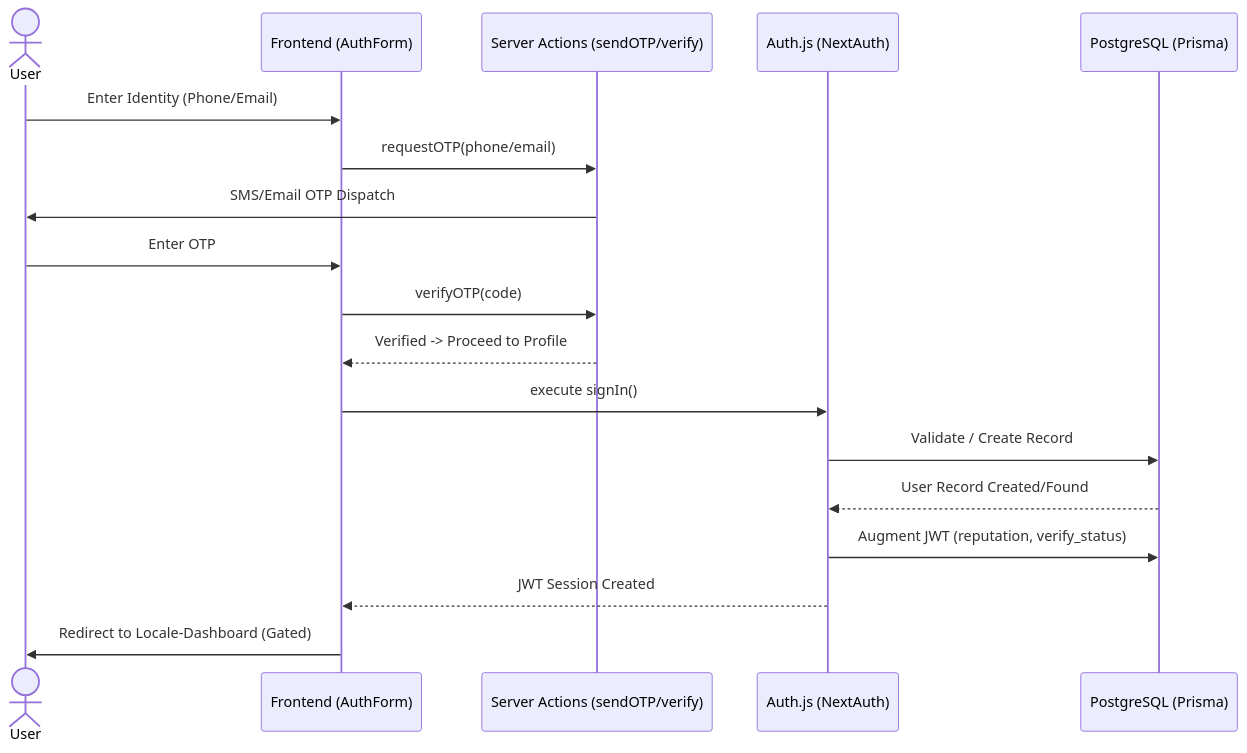
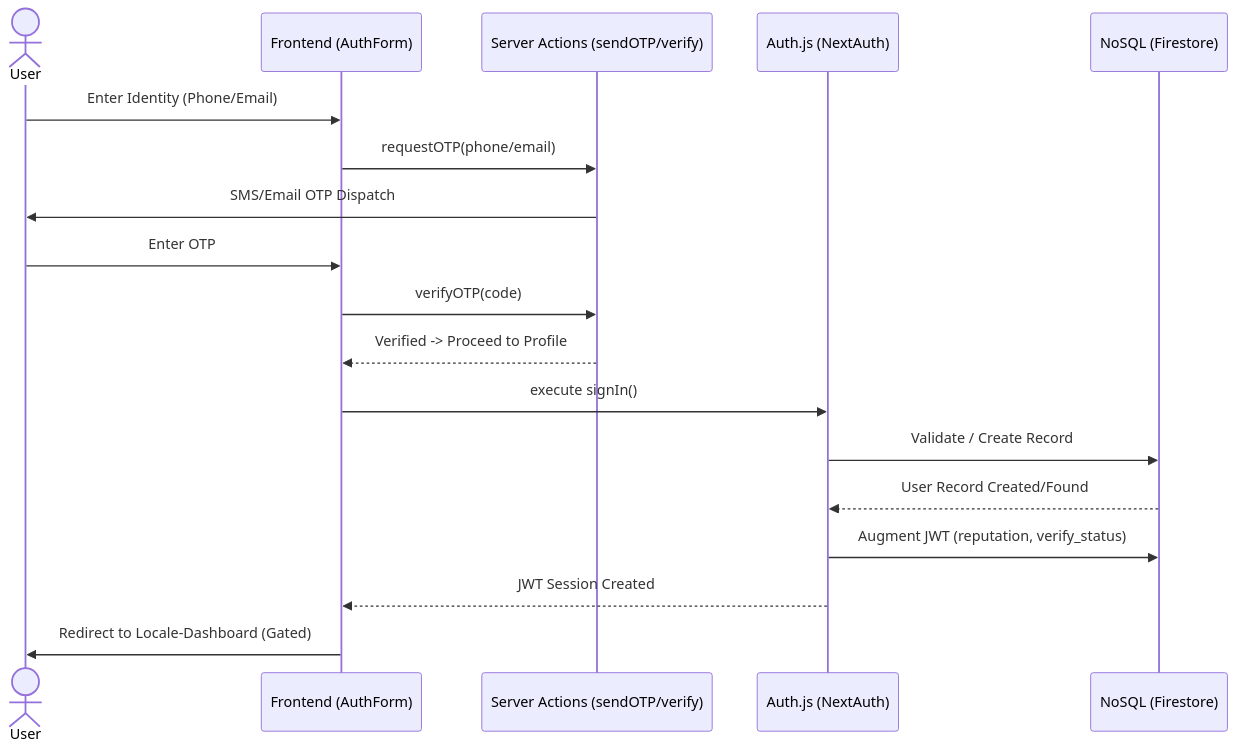
The first of 5 diagrams in docs/flow.md (Sayem9999/nilamit.com), drawn with Mermaid before and after one commit. The commit also changed other lines of this file and 19 other files, not shown here.

````diff
--- a/docs/flow.md
+++ b/docs/flow.md
@@ -10,21 +10,21 @@
 ```mermaid
 sequenceDiagram
     actor User
     participant FE as Frontend (AuthForm)
     participant SA as Server Actions (sendOTP/verify)
     participant AC as Auth.js (NextAuth)
-    participant DB as PostgreSQL (Prisma)
+    participant DB as NoSQL (Firestore)
     
     User->>FE: Enter Identity (Phone/Email)
     FE->>SA: requestOTP(phone/email)
     SA->>User: SMS/Email OTP Dispatch
     User->>FE: Enter OTP
     FE->>SA: verifyOTP(code)
     SA-->>FE: Verified -> Proceed to Profile
     FE->>AC: execute signIn()
     AC->>DB: Validate / Create Record
     DB-->>AC: User Record Created/Found
     AC->>DB: Augment JWT (reputation, verify_status)
     AC-->>FE: JWT Session Created
     FE->>User: Redirect to Locale-Dashboard (Gated)
 ```
````
